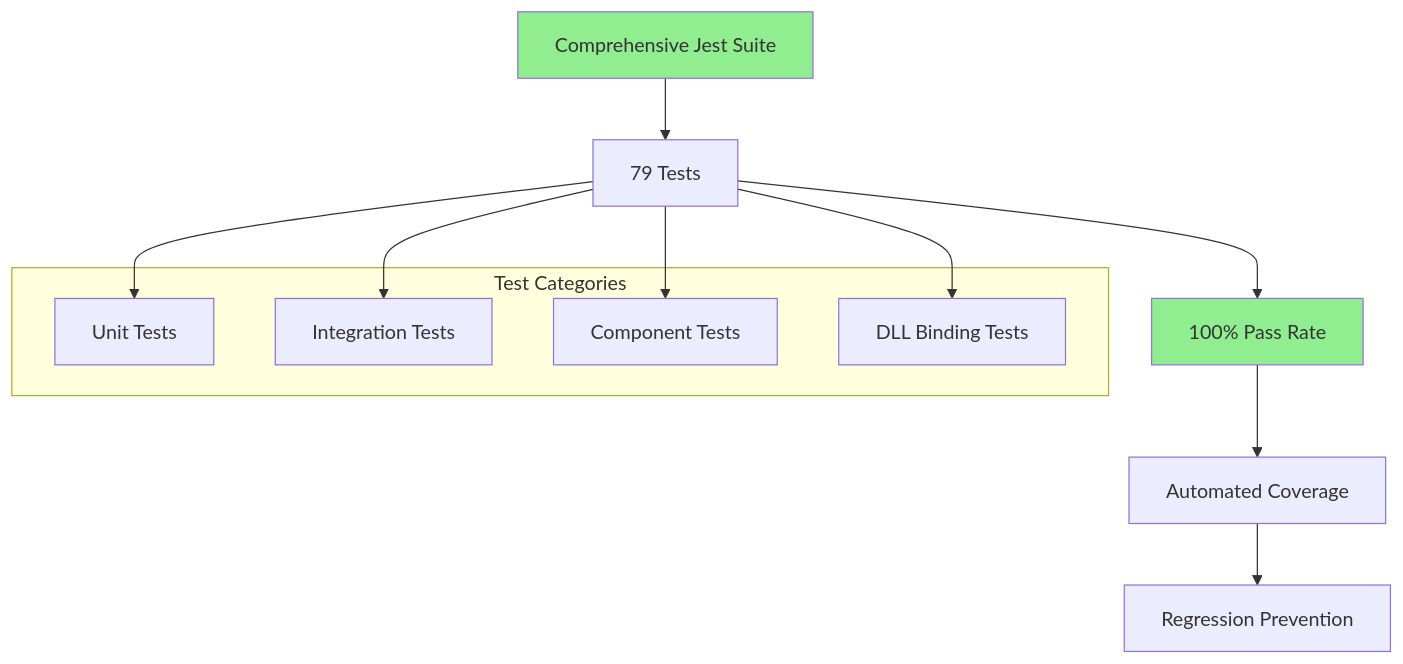
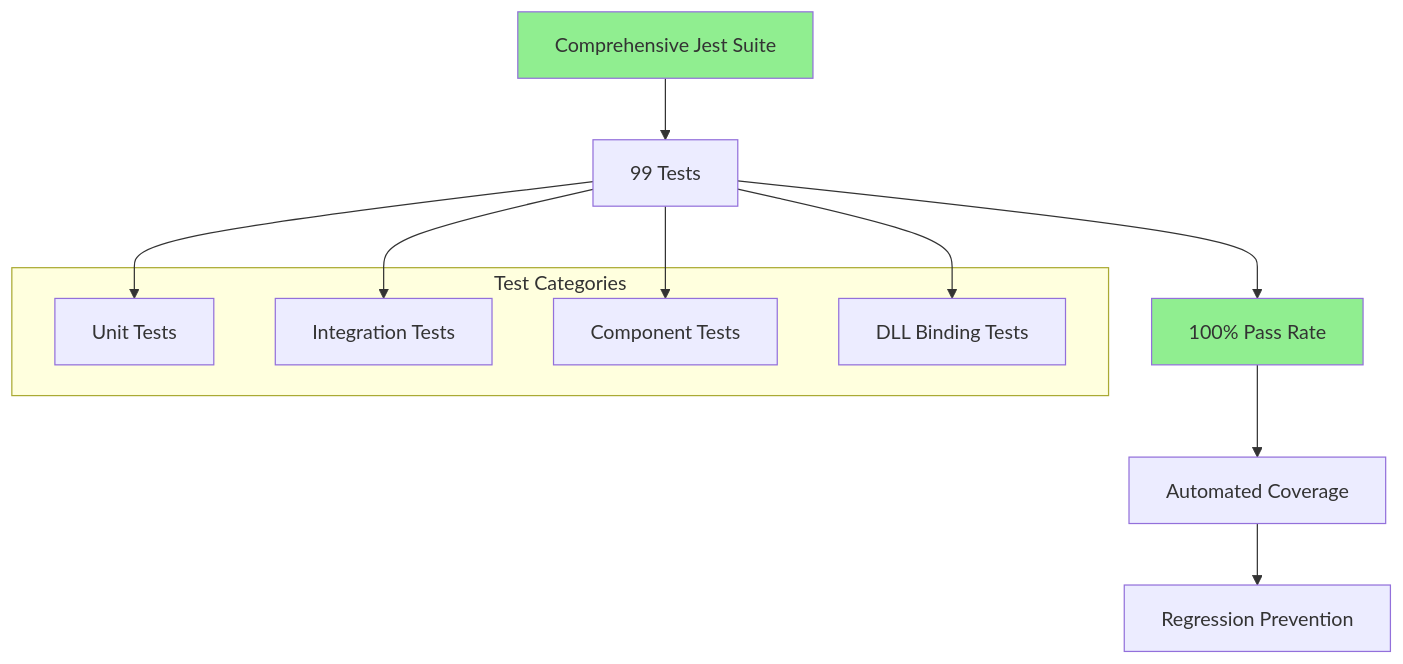
Before and after one commit to Interlaken0/temperature-plotter: diagram 14 of 15 in docs/system-architecture.md, drawn with Mermaid. The commit also changed other lines of this file and 10 other files, not shown here.

````diff
--- a/docs/system-architecture.md
+++ b/docs/system-architecture.md
@@ -400,22 +400,22 @@
 ```mermaid
 graph TD
-    A[Comprehensive Jest Suite] --> B[79 Tests]
+    A[Comprehensive Jest Suite] --> B[99 Tests]
     B --> C[100% Pass Rate]
     C --> D[Automated Coverage]
     D --> E[Regression Prevention]
     
     subgraph "Test Categories"
         F[Unit Tests]
         G[Integration Tests]
         H[Component Tests]
         I[DLL Binding Tests]
     end
     
     B --> F
     B --> G
     B --> H
     B --> I
     
     style A fill:#90EE90
     style C fill:#90EE90
 ```
````
